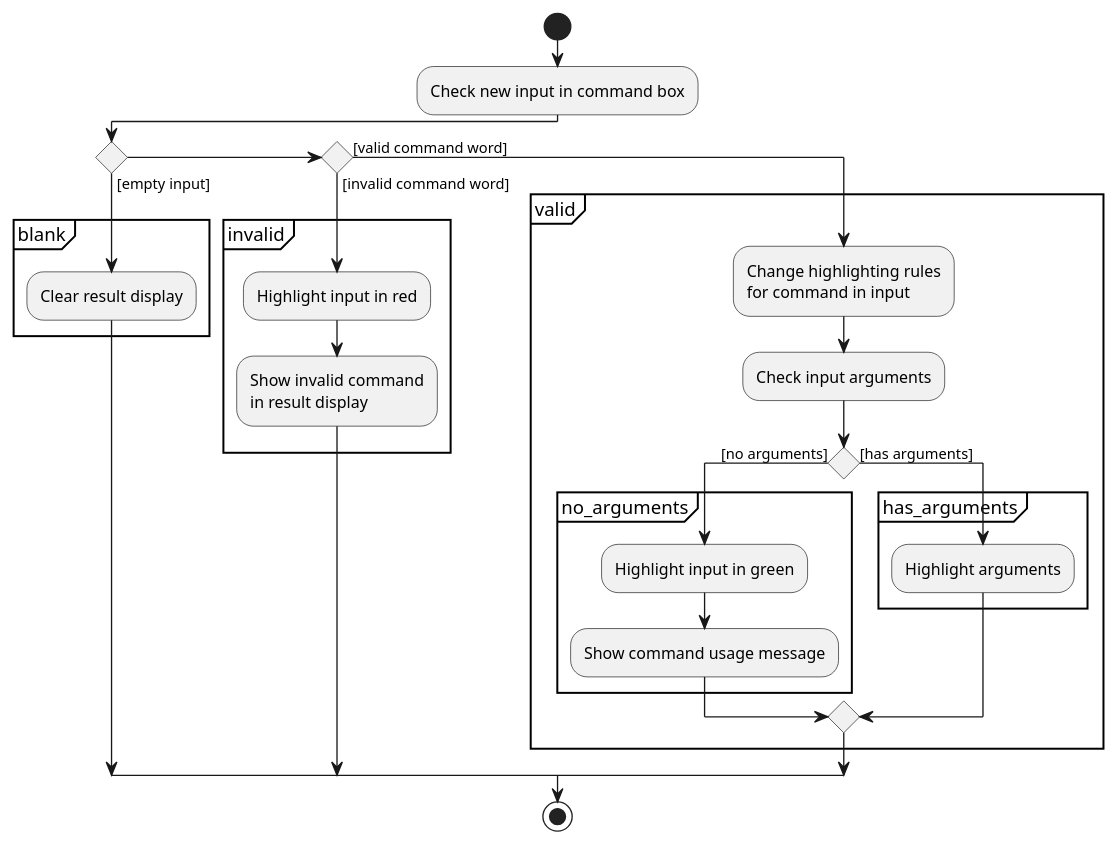
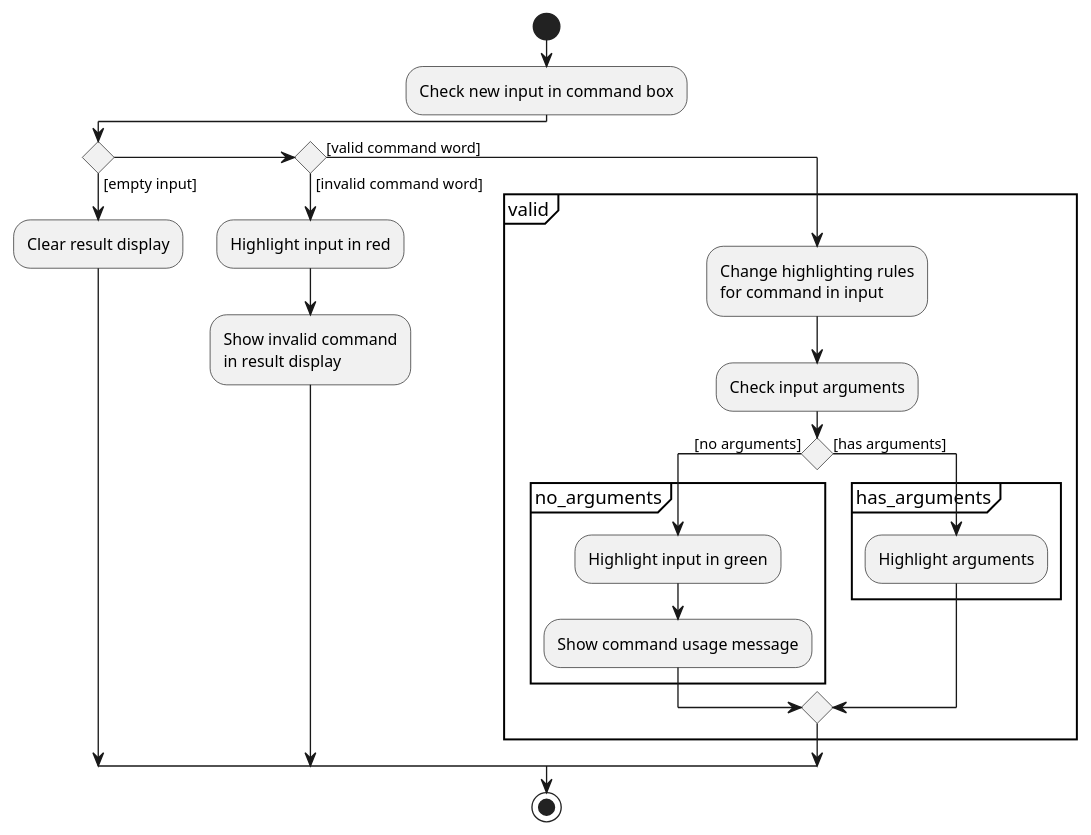
One commit to nus-cs2103-AY1920S2/addressbook-level3 changed the first of 3 diagrams in docs/diagrams/SyntaxHighlightingActivityDiagram.puml. Above: the diagram before and after it, drawn with PlantUML. The commit also changed other lines of this file and 8 other files, not shown here.

```diff
--- a/docs/diagrams/SyntaxHighlightingActivityDiagram.puml
+++ b/docs/diagrams/SyntaxHighlightingActivityDiagram.puml
@@ -1,35 +1,33 @@
 @startuml
 start
 :Check new input in command box;
 
 if () then ([empty input])
-partition blank {
     :Clear result display;
-}
+
 else if () then ([invalid command word])
-partition invalid {
     :Highlight input in red;
     :Show invalid command
     in result display;
-}
+
 else ([valid command word])
 partition valid {
     :Change highlighting rules
     for command in input;
 
     :Check input arguments;
 
     if () then ([no arguments])
     partition no_arguments {
         :Highlight input in green;
         :Show command usage message;
     }
     else ([has arguments])
     partition has_arguments {
         :Highlight arguments;
     }
     endif
 }
 endif
 stop
 @enduml
```
